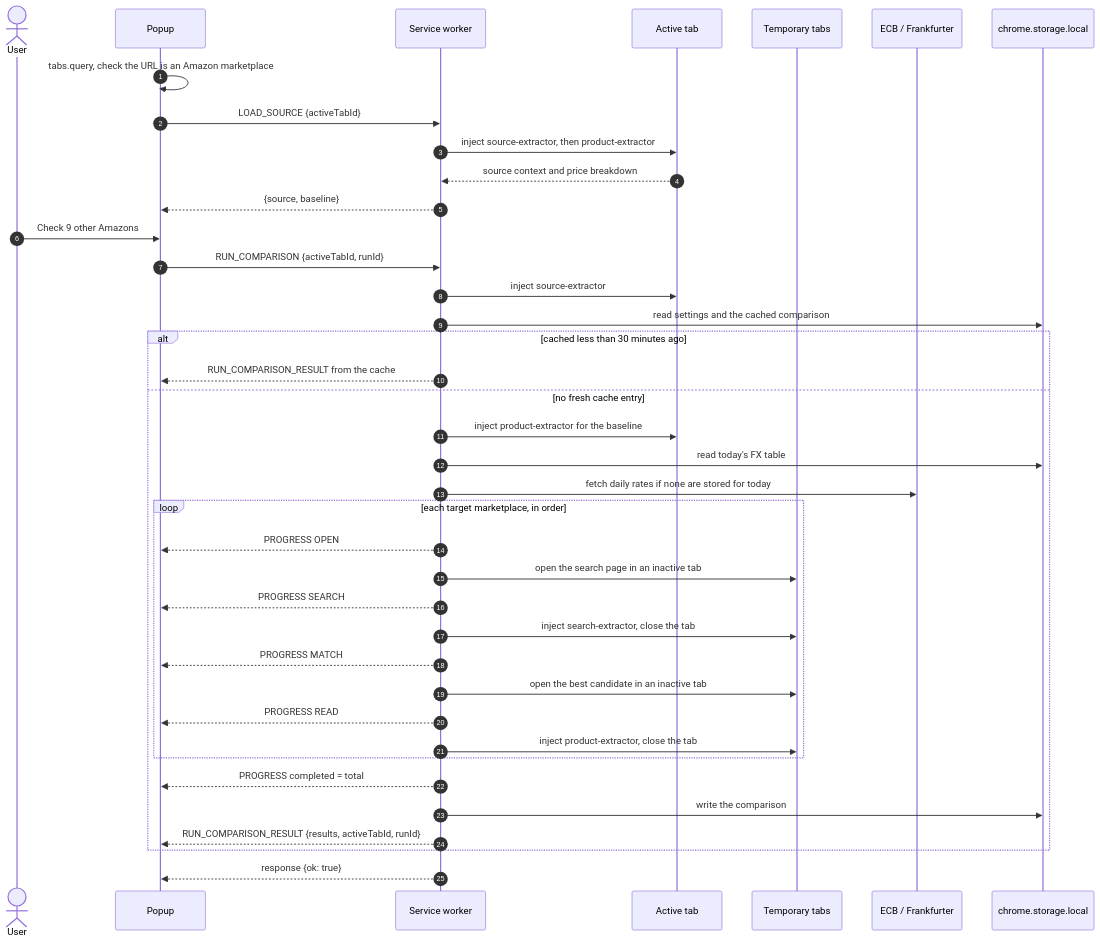
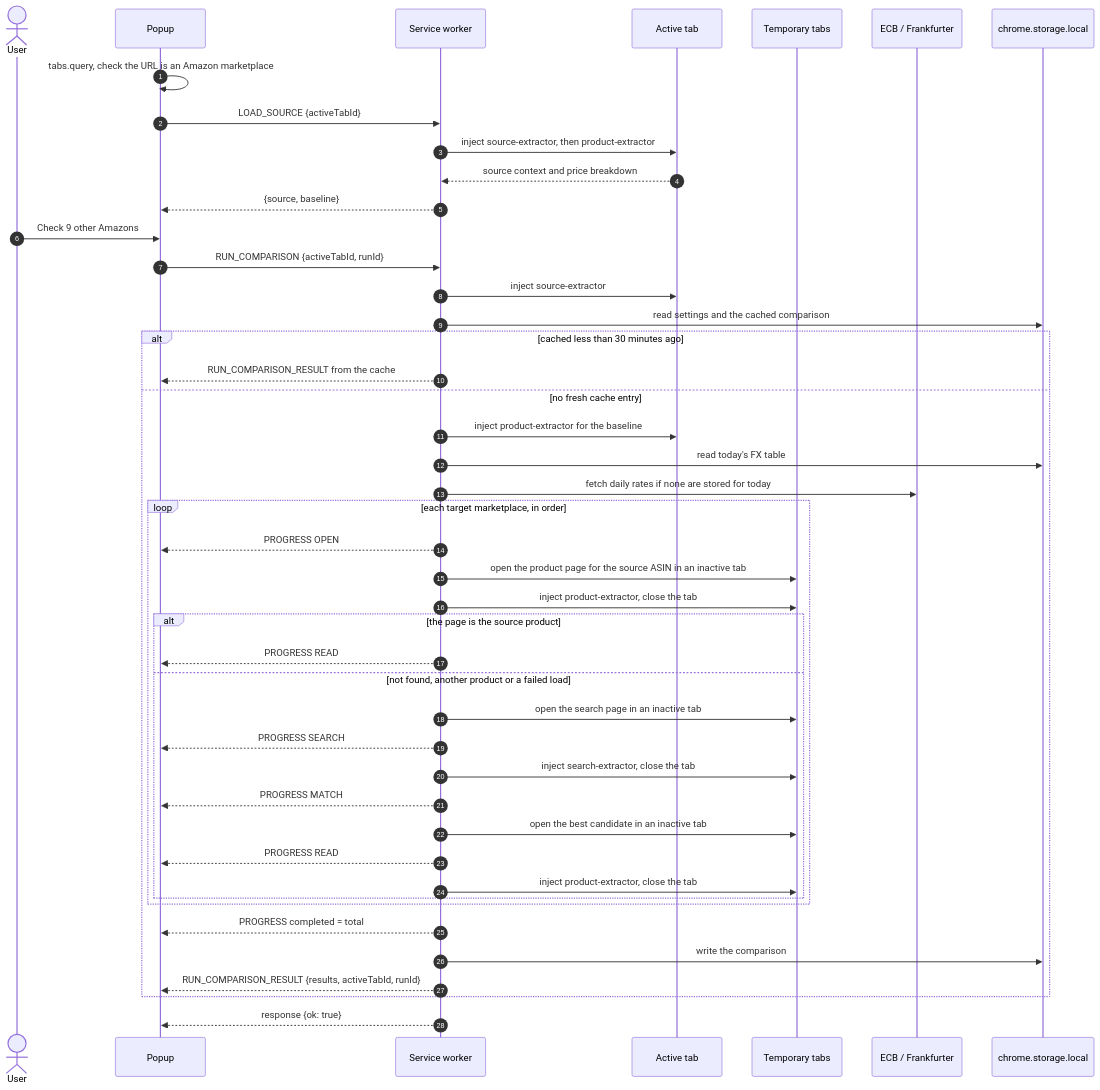
Before and after one commit to dortort/across-amazon: the diagram in docs/architecture.md, drawn with Mermaid. The commit also changed other lines of this file, not shown here.

First line of the commit message:
docs(architecture): describe the asin-first lookup

````diff
--- a/docs/architecture.md
+++ b/docs/architecture.md
@@ -14,42 +14,48 @@
 ```mermaid
 sequenceDiagram
     autonumber
     actor User
     participant Popup
     participant SW as Service worker
     participant Tab as Active tab
     participant Temp as Temporary tabs
     participant FX as ECB / Frankfurter
     participant Store as chrome.storage.local
 
     Popup->>Popup: tabs.query, check the URL is an Amazon marketplace
     Popup->>SW: LOAD_SOURCE {activeTabId}
     SW->>Tab: inject source-extractor, then product-extractor
     Tab-->>SW: source context and price breakdown
     SW-->>Popup: {source, baseline}
     User->>Popup: Check 9 other Amazons
     Popup->>SW: RUN_COMPARISON {activeTabId, runId}
     SW->>Tab: inject source-extractor
     SW->>Store: read settings and the cached comparison
     alt cached less than 30 minutes ago
         SW-->>Popup: RUN_COMPARISON_RESULT from the cache
     else no fresh cache entry
         SW->>Tab: inject product-extractor for the baseline
         SW->>Store: read today's FX table
         SW->>FX: fetch daily rates if none are stored for today
         loop each target marketplace, in order
             SW-->>Popup: PROGRESS OPEN
-            SW->>Temp: open the search page in an inactive tab
-            SW-->>Popup: PROGRESS SEARCH
-            SW->>Temp: inject search-extractor, close the tab
-            SW-->>Popup: PROGRESS MATCH
-            SW->>Temp: open the best candidate in an inactive tab
-            SW-->>Popup: PROGRESS READ
+            SW->>Temp: open the product page for the source ASIN in an inactive tab
             SW->>Temp: inject product-extractor, close the tab
+            alt the page is the source product
+                SW-->>Popup: PROGRESS READ
+            else not found, another product or a failed load
+                SW->>Temp: open the search page in an inactive tab
+                SW-->>Popup: PROGRESS SEARCH
+                SW->>Temp: inject search-extractor, close the tab
+                SW-->>Popup: PROGRESS MATCH
+                SW->>Temp: open the best candidate in an inactive tab
+                SW-->>Popup: PROGRESS READ
+                SW->>Temp: inject product-extractor, close the tab
+            end
         end
         SW-->>Popup: PROGRESS completed = total
         SW->>Store: write the comparison
         SW-->>Popup: RUN_COMPARISON_RESULT {results, activeTabId, runId}
     end
     SW-->>Popup: response {ok: true}
 ```
````
